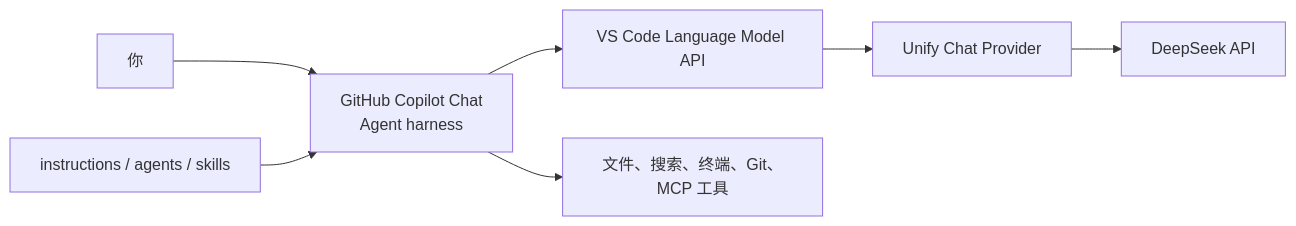
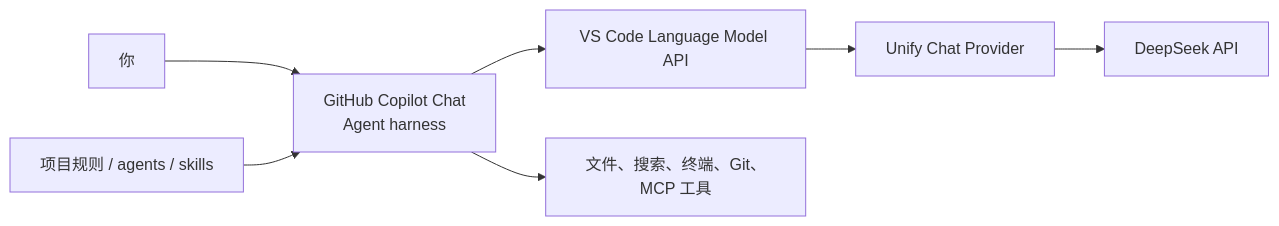
Before and after one commit to BelugaRex/foggy-notes: the diagram in Windows-VS-Code-UCP-DeepSeek-Agent-工作流.md, drawn with Mermaid. The commit also changed other lines of this file and 13 other files, not shown here.

````diff
--- a/Windows-VS-Code-UCP-DeepSeek-Agent-工作流.md
+++ b/Windows-VS-Code-UCP-DeepSeek-Agent-工作流.md
@@ -23,9 +30,9 @@
 ```mermaid
 flowchart LR
     U[你] --> H[GitHub Copilot Chat\nAgent harness]
     H --> L[VS Code Language Model API]
     L --> P[Unify Chat Provider]
     P --> D[DeepSeek API]
     H --> T[文件、搜索、终端、Git、MCP 工具]
-    I[instructions / agents / skills] --> H
+    I[项目规则 / agents / skills] --> H
 ```
````
